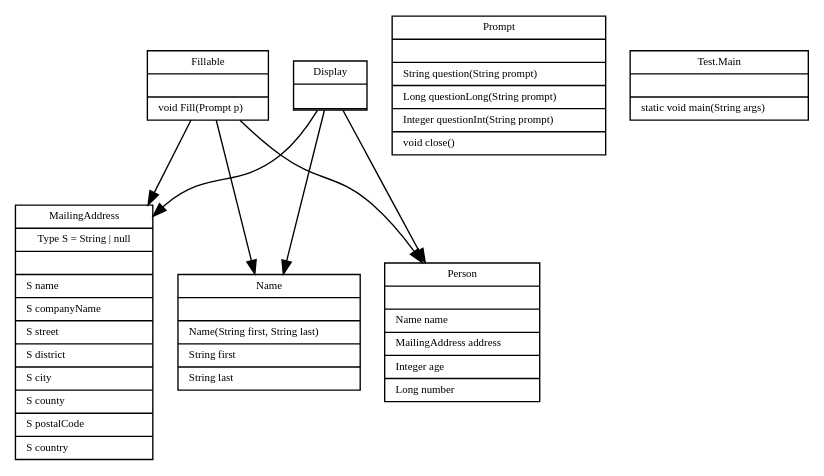
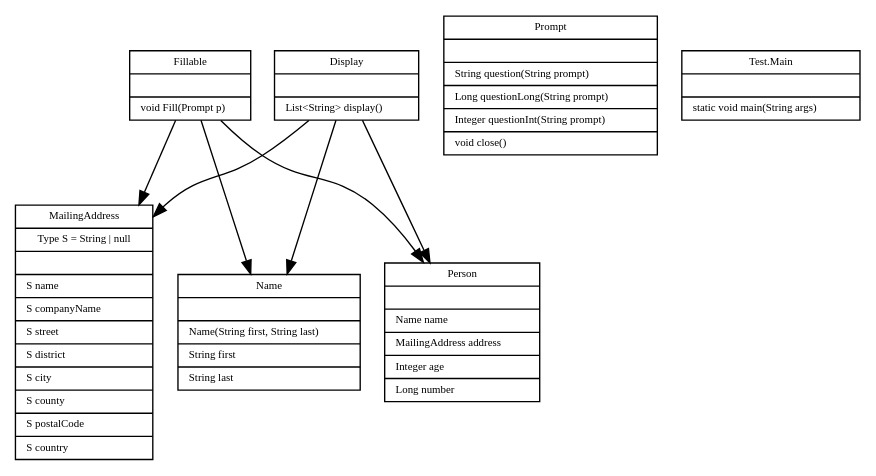
One commit to coallege/Fa20.CIS.D035A.62Z changed the diagram in labs/lab2/PersonalInformation/UML.dot. Above: the diagram before and after it, drawn with Graphviz. The commit also changed 2 other files, not shown here.

```diff
--- a/labs/lab2/PersonalInformation/UML.dot
+++ b/labs/lab2/PersonalInformation/UML.dot
@@ -1,48 +1,48 @@
 digraph PersonalInformation {
    node [
       fontname="Bitstream Vera Sans"
       fontsize=8
       shape=record
    ]
 
    edge [
       fontname="Bitstream Vera Sans"
       fontsize=8
    ]
 
    Fillable [
       label="{Fillable||void Fill(Prompt p)\l}"
    ]
 
    MailingAddress [
       label="{MailingAddress|Type S = String \| null||S name\l|S companyName\l|S street\l|S district\l|S city\l|S county\l|S postalCode \l|S country \l}"
    ]
 
    Name [
       label="{Name||Name(String first, String last)\l|String first\l|String last\l}"
    ]
 
    Person [
       label="{Person||Name name\l|MailingAddress address\l|Integer age\l|Long number\l}"
    ]
 
    Prompt [
       label="{Prompt||String question(String prompt)\l|Long questionLong(String prompt)\l|Integer questionInt(String prompt)\l|void close()\l}"
    ]
 
    Test_Main [
       label="{Test.Main||static void main(String args)\l}"
    ]
 
    Display [
-      label="{Display||List<String> display()\l}"
+      label="{Display||List\<String\> display()\l}"
    ]
 
    Fillable -> MailingAddress
    Fillable -> Name
    Fillable -> Person
 
    Display -> MailingAddress
    Display -> Name
    Display -> Person
 }
```
